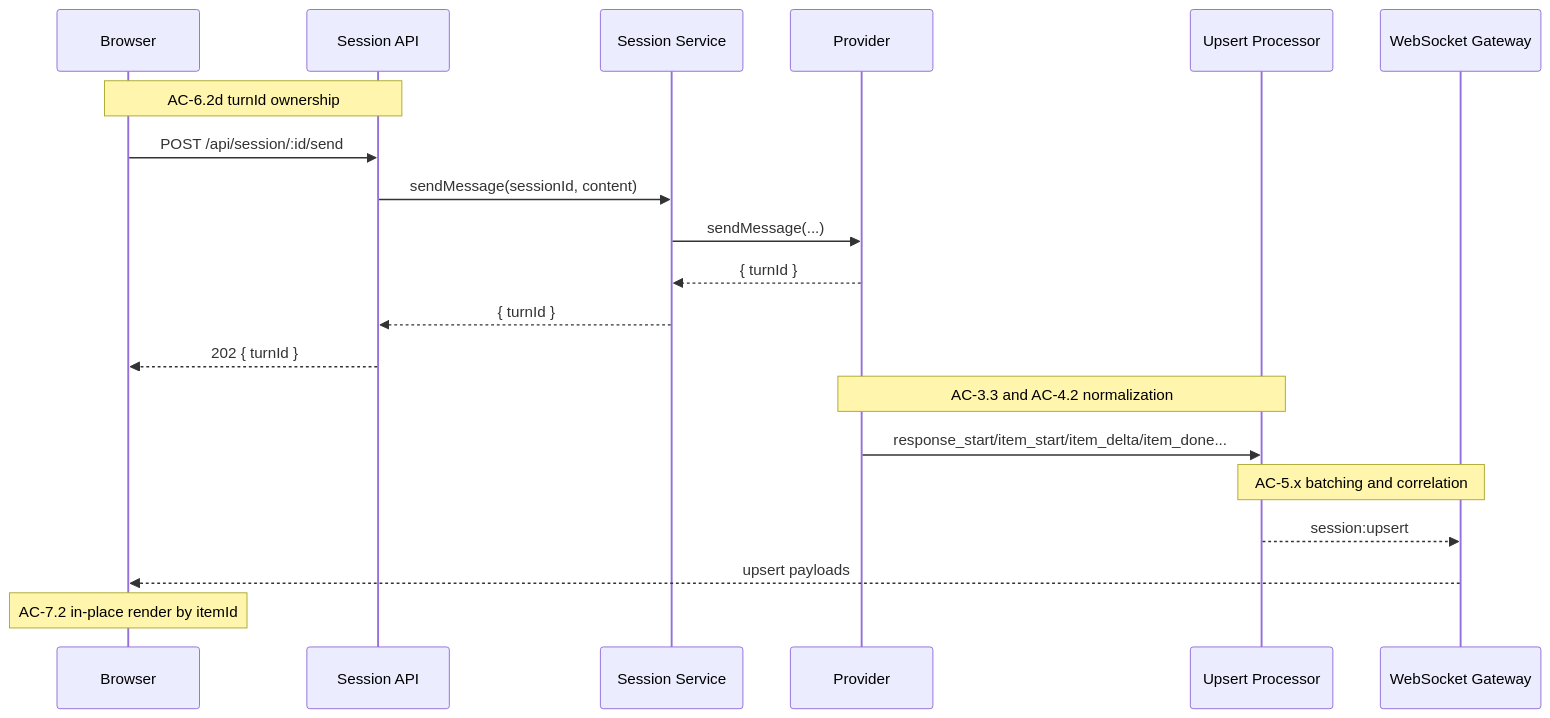
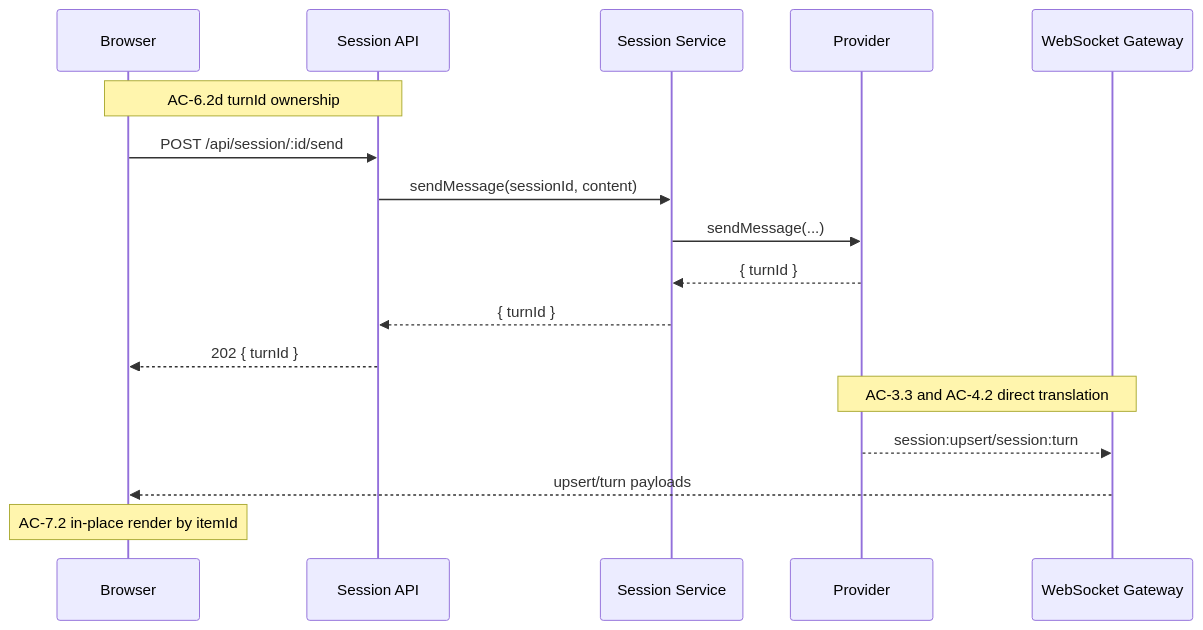
Before and after one commit to liminal-ai/liminal-builder: the fourth of 7 diagrams in docs/epics/02-provider-streaming-pipeline/tech-design.md, drawn with Mermaid. The commit also changed other lines of this file and 27 other files, not shown here.

````diff
--- a/docs/epics/02-provider-streaming-pipeline/tech-design.md
+++ b/docs/epics/02-provider-streaming-pipeline/tech-design.md
@@ -265,24 +268,21 @@
 ```mermaid
 sequenceDiagram
     participant Browser
     participant API as Session API
     participant Svc as Session Service
     participant Prov as Provider
-    participant Proc as Upsert Processor
     participant WS as WebSocket Gateway
 
     Note over Browser,API: AC-6.2d turnId ownership
     Browser->>API: POST /api/session/:id/send
     API->>Svc: sendMessage(sessionId, content)
     Svc->>Prov: sendMessage(...)
     Prov-->>Svc: { turnId }
     Svc-->>API: { turnId }
     API-->>Browser: 202 { turnId }
 
-    Note over Prov,Proc: AC-3.3 and AC-4.2 normalization
-    Prov->>Proc: response_start/item_start/item_delta/item_done...
-    Note over Proc,WS: AC-5.x batching and correlation
-    Proc-->>WS: session:upsert
-    WS-->>Browser: upsert payloads
+    Note over Prov,WS: AC-3.3 and AC-4.2 direct translation
+    Prov-->>WS: session:upsert/session:turn
+    WS-->>Browser: upsert/turn payloads
     Note over Browser: AC-7.2 in-place render by itemId
 ```
````
